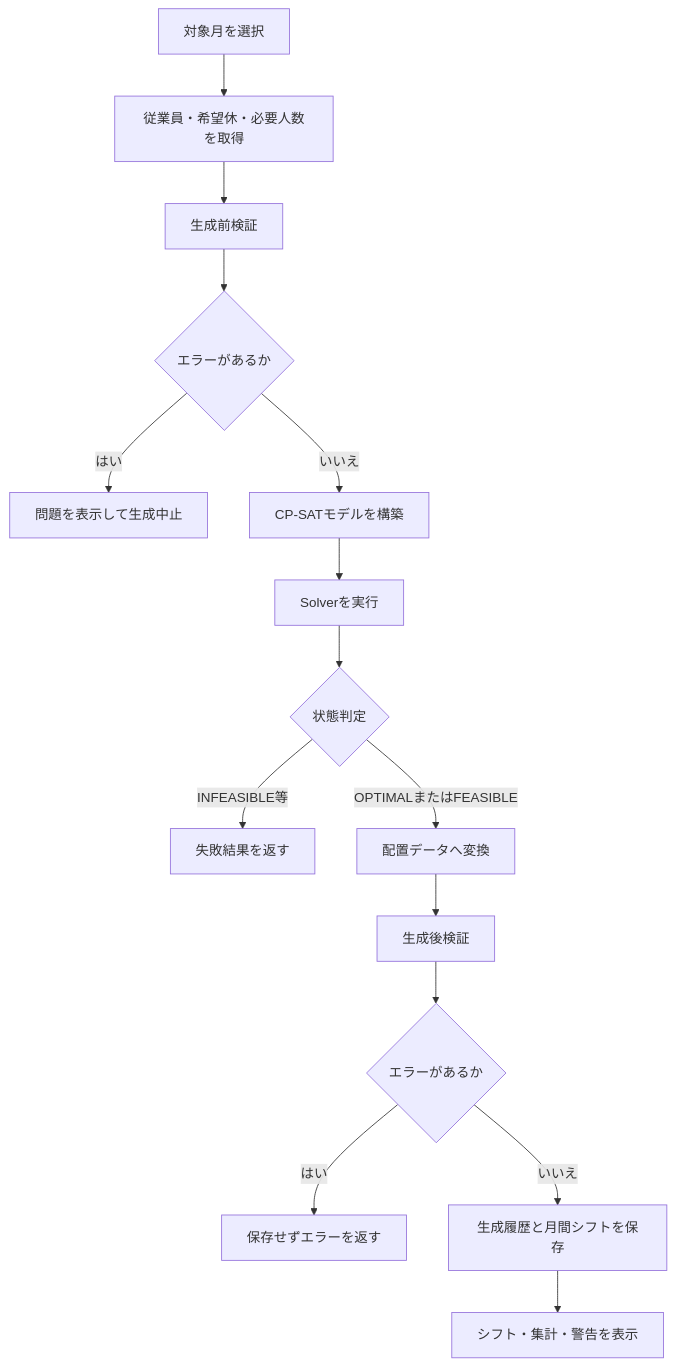
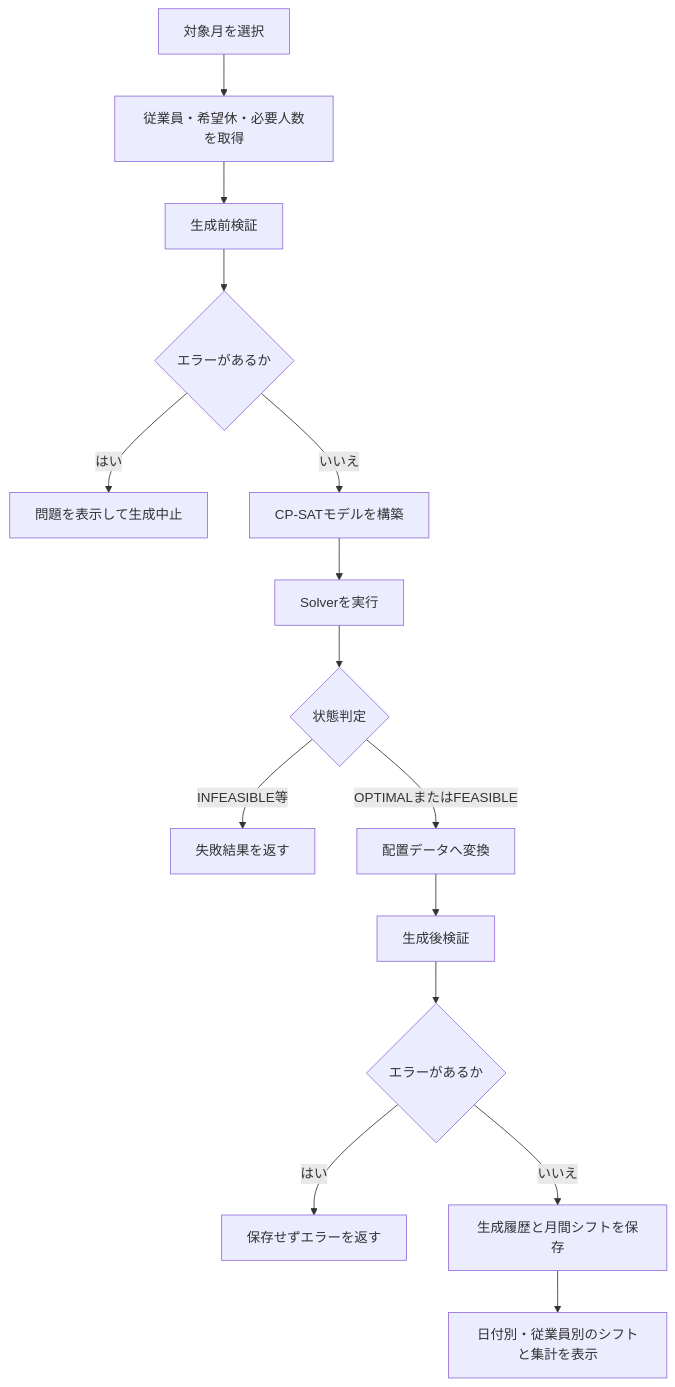
One commit to rin-sato-tech/shift-scheduler changed the diagram in docs/05_schedule_constraints.md. Above: the diagram before and after it, drawn with Mermaid. The commit also changed other lines of this file and 6 other files, not shown here.

````diff
--- a/docs/05_schedule_constraints.md
+++ b/docs/05_schedule_constraints.md
@@ -52,17 +54,17 @@
 ```mermaid
 flowchart TD
     A[対象月を選択] --> B[従業員・希望休・必要人数を取得]
     B --> C[生成前検証]
     C --> D{エラーがあるか}
     D -- はい --> E[問題を表示して生成中止]
     D -- いいえ --> F[CP-SATモデルを構築]
     F --> G[Solverを実行]
     G --> H{状態判定}
     H -- INFEASIBLE等 --> I[失敗結果を返す]
     H -- OPTIMALまたはFEASIBLE --> J[配置データへ変換]
     J --> K[生成後検証]
     K --> L{エラーがあるか}
     L -- はい --> M[保存せずエラーを返す]
     L -- いいえ --> N[生成履歴と月間シフトを保存]
-    N --> O[シフト・集計・警告を表示]
+    N --> O[日付別・従業員別のシフトと集計を表示]
 ```
````
